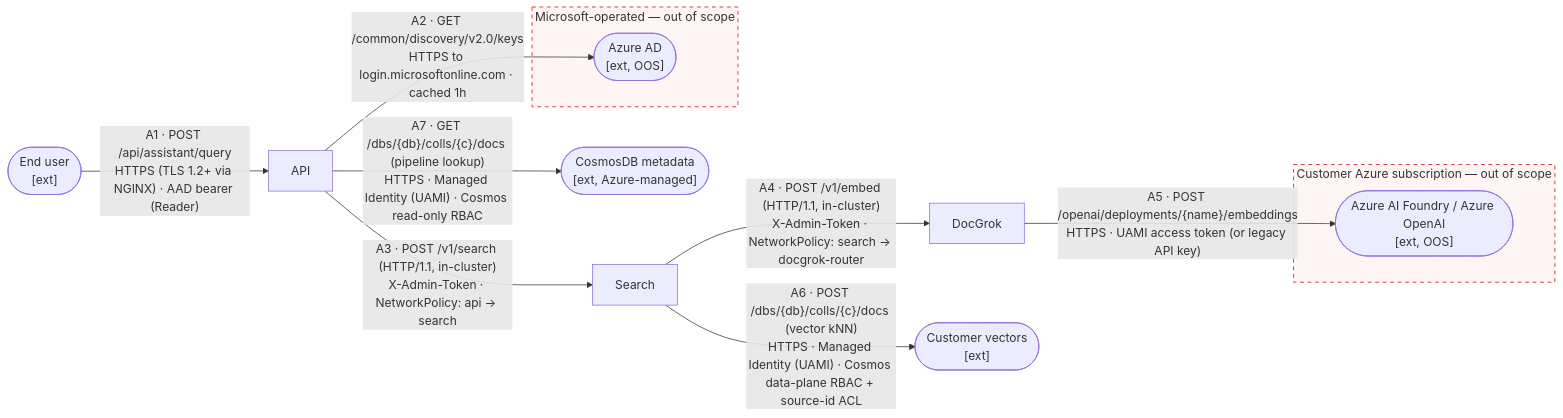
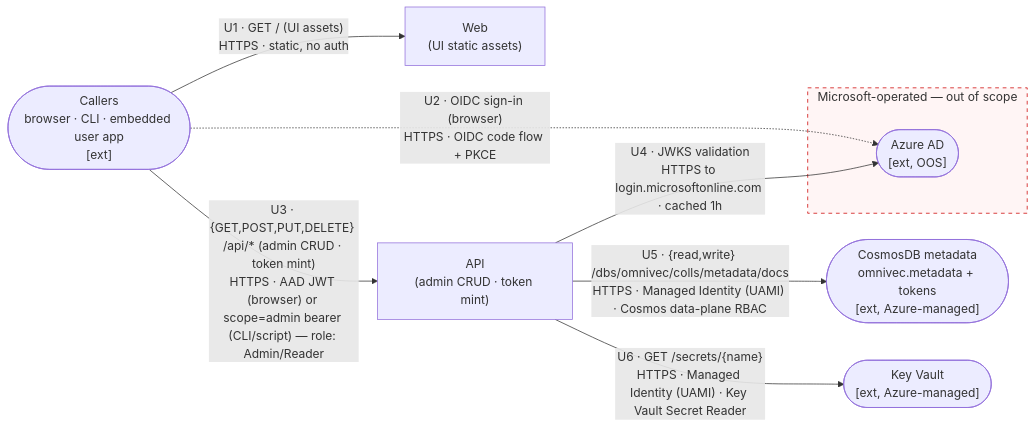
One commit to AzureCosmosDB/OmniVec changed the second of 5 diagrams in docs/security/threat-model.md. Above: the diagram before and after it, drawn with Mermaid. The commit also changed other lines of this file, not shown here.

First line of the commit message:
threat-model: split §3 into 4 diagrams (overall · control plane · search · ingestion)

````diff
--- a/docs/security/threat-model.md
+++ b/docs/security/threat-model.md
@@ -125,29 +138,22 @@
 ```mermaid
 flowchart LR
-  user(["End user<br/>[ext]"])
+  callers(["Callers<br/>browser · CLI · embedded user app<br/>[ext]"])
 
   subgraph msft["Microsoft-operated — out of scope"]
     aad(["Azure AD<br/>[ext, OOS]"])
   end
 
-  api["API"]
-  search["Search"]
-  docgrok["DocGrok"]
-  cmeta(["CosmosDB metadata<br/>[ext, Azure-managed]"])
-  cvec(["Customer vectors<br/>[ext]"])
+  web["Web<br/>(UI static assets)"]
+  api["API<br/>(admin CRUD · token mint)"]
+  cmeta(["CosmosDB metadata<br/>omnivec.metadata + tokens<br/>[ext, Azure-managed]"])
+  kv(["Key Vault<br/>[ext, Azure-managed]"])
 
-  subgraph custsub["Customer Azure subscription — out of scope"]
-    foundry(["Azure AI Foundry / Azure OpenAI<br/>[ext, OOS]"])
-  end
-
-  user -->|"A1 · POST /api/assistant/query<br/>HTTPS (TLS 1.2+ via NGINX) · AAD bearer (Reader)"| api
-  api -->|"A2 · GET /common/discovery/v2.0/keys<br/>HTTPS to login.microsoftonline.com · cached 1h"| aad
-  api -->|"A3 · POST /v1/search (HTTP/1.1, in-cluster)<br/>X-Admin-Token · NetworkPolicy: api → search"| search
-  search -->|"A4 · POST /v1/embed (HTTP/1.1, in-cluster)<br/>X-Admin-Token · NetworkPolicy: search → docgrok-router"| docgrok
-  docgrok -->|"A5 · POST /openai/deployments/{name}/embeddings<br/>HTTPS · UAMI access token (or legacy API key)"| foundry
-  search -->|"A6 · POST /dbs/{db}/colls/{c}/docs (vector kNN)<br/>HTTPS · Managed Identity (UAMI) · Cosmos data-plane RBAC + source-id ACL"| cvec
-  api -->|"A7 · GET /dbs/{db}/colls/{c}/docs (pipeline lookup)<br/>HTTPS · Managed Identity (UAMI) · Cosmos read-only RBAC"| cmeta
+  callers -->|"U1 · GET / (UI assets)<br/>HTTPS · static, no auth"| web
+  callers -.->|"U2 · OIDC sign-in (browser)<br/>HTTPS · OIDC code flow + PKCE"| aad
+  callers -->|"U3 · {GET,POST,PUT,DELETE} /api/* (admin CRUD · token mint)<br/>HTTPS · AAD JWT (browser) or scope=admin bearer (CLI/script) — role: Admin/Reader"| api
+  api -->|"U4 · JWKS validation<br/>HTTPS to login.microsoftonline.com · cached 1h"| aad
+  api -->|"U5 · {read,write} /dbs/omnivec/colls/metadata/docs<br/>HTTPS · Managed Identity (UAMI) · Cosmos data-plane RBAC"| cmeta
+  api -->|"U6 · GET /secrets/{name}<br/>HTTPS · Managed Identity (UAMI) · Key Vault Secret Reader"| kv
 
   style msft fill:#fff5f5,stroke:#c00,stroke-dasharray: 5 5
-  style custsub fill:#fff5f5,stroke:#c00,stroke-dasharray: 5 5
 ```
````
